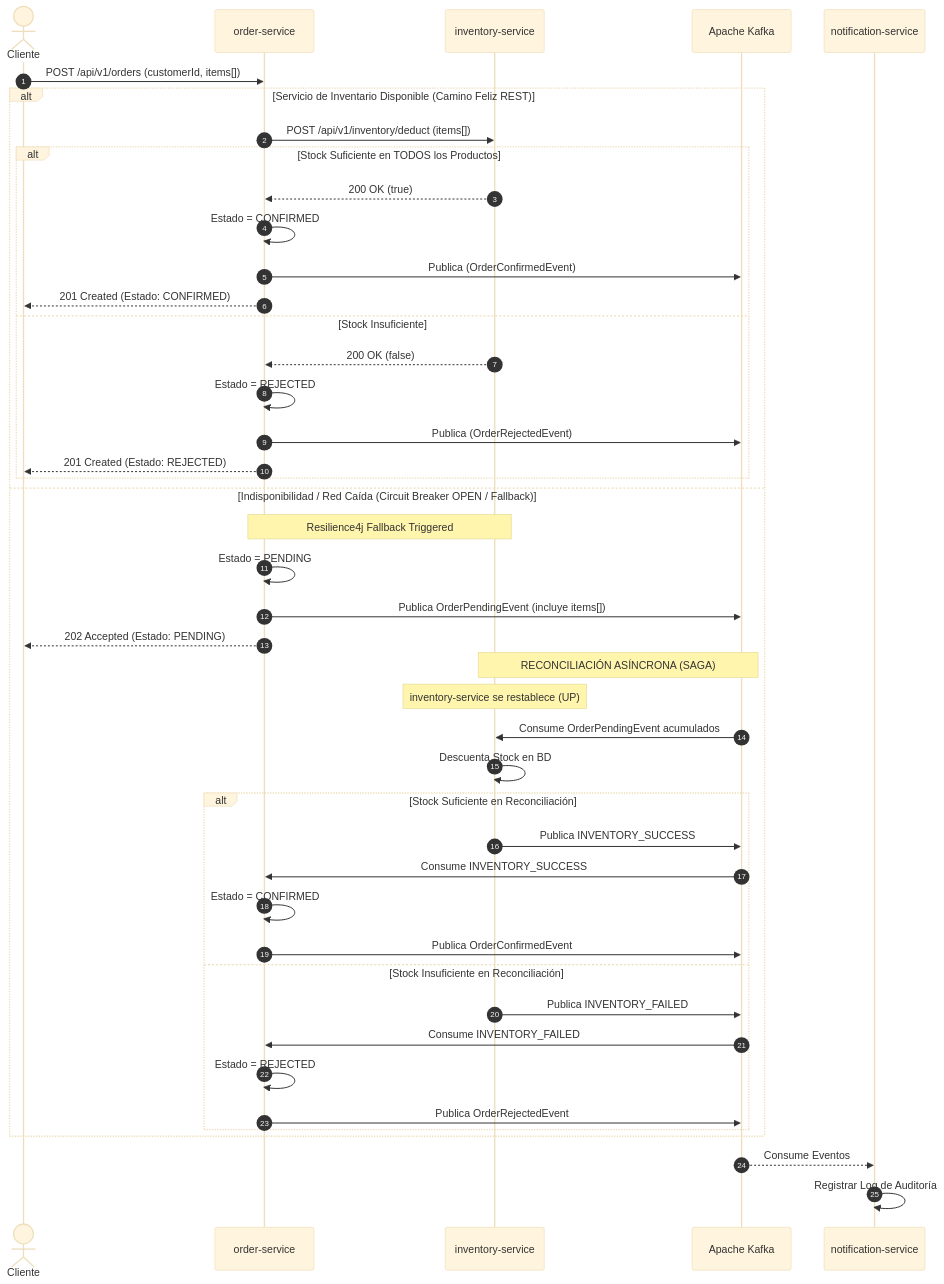
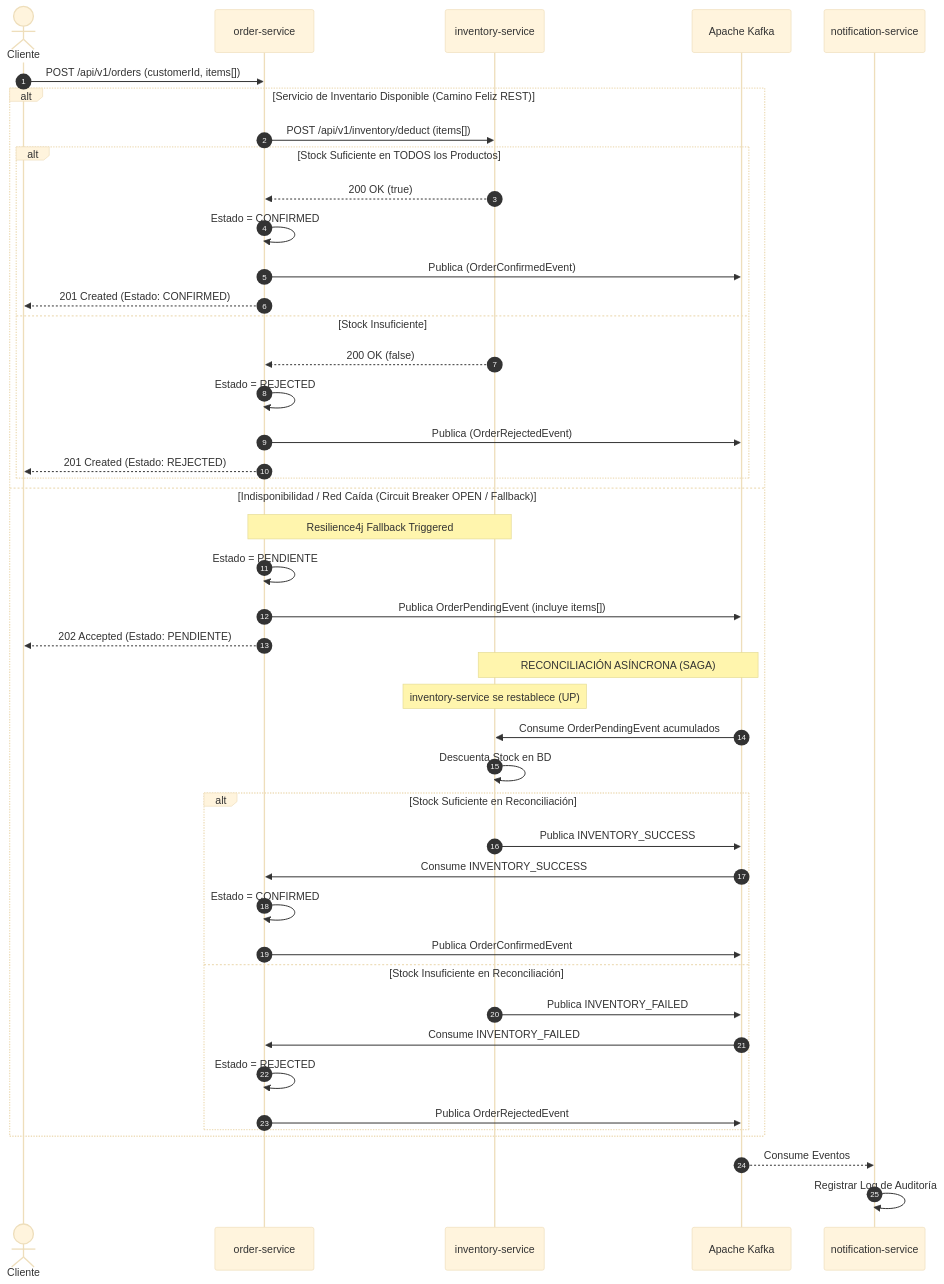
One commit to soniaGarcia/orderinvent-platform changed the second of 5 diagrams in architecture.md. Above: the diagram before and after it, drawn with Mermaid (base theme). The commit also changed other lines of this file, not shown here.

````diff
--- a/architecture.md
+++ b/architecture.md
@@ -56,50 +56,50 @@
 ```mermaid
 sequenceDiagram
     autonumber
     actor Cliente
     participant Order as order-service
     participant Inv as inventory-service
     participant Kafka as Apache Kafka
     participant Notif as notification-service
 
     Cliente->>Order: POST /api/v1/orders (customerId, items[])
     
     alt Servicio de Inventario Disponible (Camino Feliz REST)
         Order->>Inv: POST /api/v1/inventory/deduct (items[])
         alt Stock Suficiente en TODOS los Productos
             Inv-->>Order: 200 OK (true)
             Order->>Order: Estado = CONFIRMED
             Order->>Kafka: Publica (OrderConfirmedEvent)
             Order-->>Cliente: 201 Created (Estado: CONFIRMED)
         else Stock Insuficiente
             Inv-->>Order: 200 OK (false)
             Order->>Order: Estado = REJECTED
             Order->>Kafka: Publica (OrderRejectedEvent)
             Order-->>Cliente: 201 Created (Estado: REJECTED)
         end
     else Indisponibilidad / Red Caída (Circuit Breaker OPEN / Fallback)
         Note over Order,Inv: Resilience4j Fallback Triggered
-        Order->>Order: Estado = PENDING
+        Order->>Order: Estado = PENDIENTE
         Order->>Kafka: Publica OrderPendingEvent (incluye items[])
-        Order-->>Cliente: 202 Accepted (Estado: PENDING)
+        Order-->>Cliente: 202 Accepted (Estado: PENDIENTE)
         
         Note over Inv,Kafka: RECONCILIACIÓN ASÍNCRONA (SAGA)
         Note over Inv: inventory-service se restablece (UP)
         Kafka->>Inv: Consume OrderPendingEvent acumulados
         Inv->>Inv: Descuenta Stock en BD
         alt Stock Suficiente en Reconciliación
             Inv->>Kafka: Publica INVENTORY_SUCCESS
             Kafka->>Order: Consume INVENTORY_SUCCESS
             Order->>Order: Estado = CONFIRMED
             Order->>Kafka: Publica OrderConfirmedEvent
         else Stock Insuficiente en Reconciliación
             Inv->>Kafka: Publica INVENTORY_FAILED
             Kafka->>Order: Consume INVENTORY_FAILED
             Order->>Order: Estado = REJECTED
             Order->>Kafka: Publica OrderRejectedEvent
         end
     end
 
     Kafka-->>Notif: Consume Eventos
     Notif->>Notif: Registrar Log de Auditoría
 ```
````
